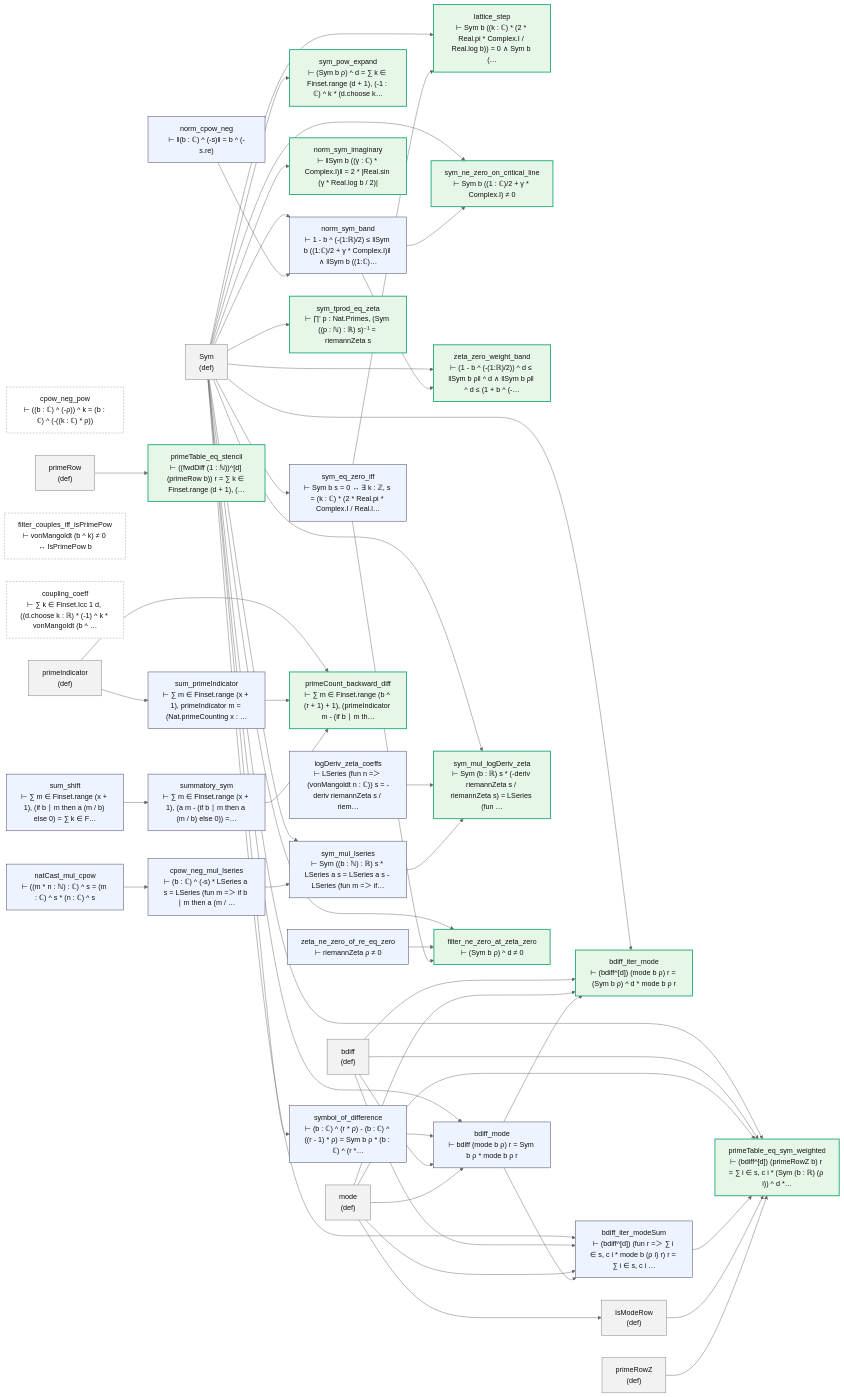
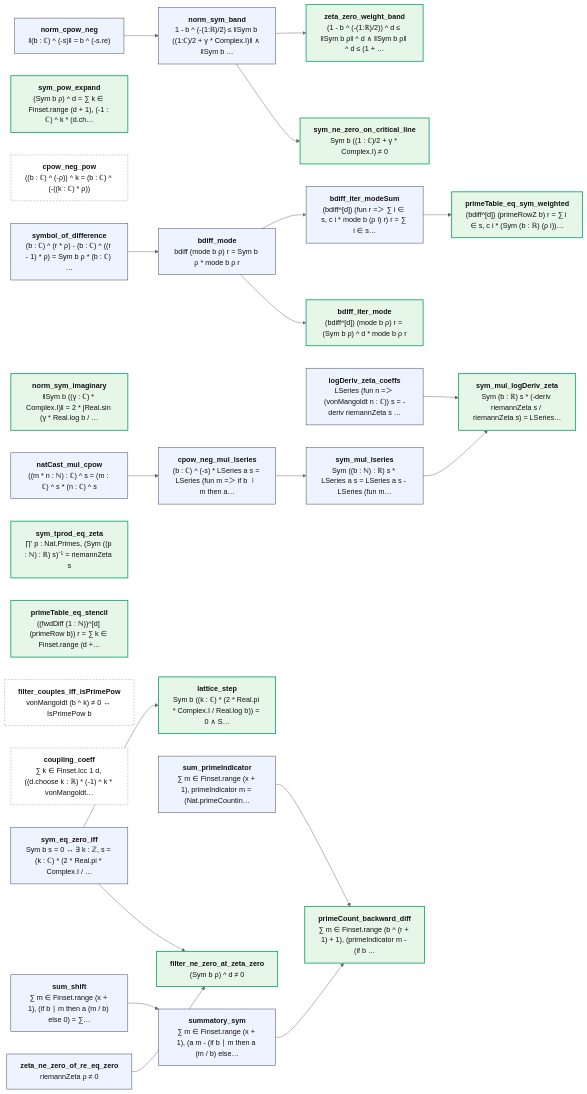
Before and after one commit to juliansambranojr/Primebeat_081426: the diagram in map/lean/Elephant.md, drawn with Mermaid (neutral theme). The commit also changed other lines of this file and 387 other files, not shown here.

````diff
--- a/map/lean/Elephant.md
+++ b/map/lean/Elephant.md
@@ -8,92 +12,54 @@
 ```mermaid
 flowchart LR
-  n0["Sym<br/>(def)"]:::dfn
-  n1["symbol_of_difference<br/>⊢ (b : ℂ) ^ (r * ρ) - (b : ℂ) ^ ((r - 1) * ρ) = Sym b ρ * (b : ℂ) ^ (r *…"]:::thm
-  n2["sym_pow_expand<br/>⊢ (Sym b ρ) ^ d = ∑ k ∈ Finset.range (d + 1), (-1 : ℂ) ^ k * (d.choose k…"]:::end_
-  n3["cpow_neg_pow<br/>⊢ ((b : ℂ) ^ (-ρ)) ^ k = (b : ℂ) ^ (-((k : ℂ) * ρ))"]:::lone
-  n4["norm_cpow_neg<br/>⊢ ‖(b : ℂ) ^ (-s)‖ = b ^ (-s.re)"]:::thm
-  n5["norm_sym_band<br/>⊢ 1 - b ^ (-(1:ℝ)/2) ≤ ‖Sym b ((1:ℂ)/2 + γ * Complex.I)‖ ∧ ‖Sym b ((1:ℂ)…"]:::thm
-  n6["norm_sym_imaginary<br/>⊢ ‖Sym b ((γ : ℂ) * Complex.I)‖ = 2 * |Real.sin (γ * Real.log b / 2)|"]:::end_
-  n7["sym_eq_zero_iff<br/>⊢ Sym b s = 0 ↔ ∃ k : ℤ, s = (k : ℂ) * (2 * Real.pi * Complex.I / Real.l…"]:::thm
-  n8["lattice_step<br/>⊢ Sym b ((k : ℂ) * (2 * Real.pi * Complex.I / Real.log b)) = 0 ∧ Sym b (…"]:::end_
-  n9["sym_tprod_eq_zeta<br/>⊢ ∏' p : Nat.Primes, (Sym ((p : ℕ) : ℝ) s)⁻¹ = riemannZeta s"]:::end_
-  n10["primeRow<br/>(def)"]:::dfn
-  n11["primeTable_eq_stencil<br/>⊢ ((fwdDiff (1 : ℕ))^[d] (primeRow b)) r = ∑ k ∈ Finset.range (d + 1), (…"]:::end_
-  n12["sym_ne_zero_on_critical_line<br/>⊢ Sym b ((1 : ℂ)/2 + γ * Complex.I) ≠ 0"]:::end_
-  n13["zeta_zero_weight_band<br/>⊢ (1 - b ^ (-(1:ℝ)/2)) ^ d ≤ ‖Sym b ρ‖ ^ d ∧ ‖Sym b ρ‖ ^ d ≤ (1 + b ^ (-…"]:::end_
-  n14["bdiff<br/>(def)"]:::dfn
-  n15["mode<br/>(def)"]:::dfn
-  n16["bdiff_mode<br/>⊢ bdiff (mode b ρ) r = Sym b ρ * mode b ρ r"]:::thm
-  n17["bdiff_iter_mode<br/>⊢ (bdiff^[d]) (mode b ρ) r = (Sym b ρ) ^ d * mode b ρ r"]:::end_
-  n18["bdiff_iter_modeSum<br/>⊢ (bdiff^[d]) (fun r =＞ ∑ i ∈ s, c i * mode b (ρ i) r) r = ∑ i ∈ s, c i …"]:::thm
-  n19["IsModeRow<br/>(def)"]:::dfn
-  n20["primeRowZ<br/>(def)"]:::dfn
-  n21["primeTable_eq_sym_weighted<br/>⊢ (bdiff^[d]) (primeRowZ b) r = ∑ i ∈ s, c i * (Sym (b : ℝ) (ρ i)) ^ d *…"]:::end_
-  n22["logDeriv_zeta_coeffs<br/>⊢ LSeries (fun n =＞ (vonMangoldt n : ℂ)) s = -deriv riemannZeta s / riem…"]:::thm
-  n23["filter_couples_iff_isPrimePow<br/>⊢ vonMangoldt (b ^ k) ≠ 0 ↔ IsPrimePow b"]:::lone
-  n24["coupling_coeff<br/>⊢ ∑ k ∈ Finset.Icc 1 d, ((d.choose k : ℝ) * (-1) ^ k * vonMangoldt (b ^ …"]:::lone
-  n25["natCast_mul_cpow<br/>⊢ ((m * n : ℕ) : ℂ) ^ s = (m : ℂ) ^ s * (n : ℂ) ^ s"]:::thm
-  n26["cpow_neg_mul_lseries<br/>⊢ (b : ℂ) ^ (-s) * LSeries a s = LSeries (fun m =＞ if b ∣ m then a (m / …"]:::thm
-  n27["sym_mul_lseries<br/>⊢ Sym ((b : ℕ) : ℝ) s * LSeries a s = LSeries a s - LSeries (fun m =＞ if…"]:::thm
-  n28["sym_mul_logDeriv_zeta<br/>⊢ Sym (b : ℝ) s * (-deriv riemannZeta s / riemannZeta s) = LSeries (fun …"]:::end_
-  n29["primeIndicator<br/>(def)"]:::dfn
-  n30["sum_primeIndicator<br/>⊢ ∑ m ∈ Finset.range (x + 1), primeIndicator m = (Nat.primeCounting x : …"]:::thm
-  n31["sum_shift<br/>⊢ ∑ m ∈ Finset.range (x + 1), (if b ∣ m then a (m / b) else 0) = ∑ k ∈ F…"]:::thm
-  n32["summatory_sym<br/>⊢ ∑ m ∈ Finset.range (x + 1), (a m - (if b ∣ m then a (m / b) else 0)) =…"]:::thm
-  n33["primeCount_backward_diff<br/>⊢ ∑ m ∈ Finset.range (b ^ (r + 1) + 1), (primeIndicator m - (if b ∣ m th…"]:::end_
-  n34["zeta_ne_zero_of_re_eq_zero<br/>⊢ riemannZeta ρ ≠ 0"]:::thm
-  n35["filter_ne_zero_at_zeta_zero<br/>⊢ (Sym b ρ) ^ d ≠ 0"]:::end_
-  n0 --> n1
+  n0["<b>symbol_of_difference</b><br/>(b : ℂ) ^ (r * ρ) - (b : ℂ) ^ ((r - 1) * ρ) = Sym b ρ * (b : ℂ) …"]:::thm
+  n1["<b>sym_pow_expand</b><br/>(Sym b ρ) ^ d = ∑ k ∈ Finset.range (d + 1), (-1 : ℂ) ^ k * (d.ch…"]:::end_
+  n2["<b>cpow_neg_pow</b><br/>((b : ℂ) ^ (-ρ)) ^ k = (b : ℂ) ^ (-((k : ℂ) * ρ))"]:::lone
+  n3["<b>norm_cpow_neg</b><br/>‖(b : ℂ) ^ (-s)‖ = b ^ (-s.re)"]:::thm
+  n4["<b>norm_sym_band</b><br/>1 - b ^ (-(1:ℝ)/2) ≤ ‖Sym b ((1:ℂ)/2 + γ * Complex.I)‖ ∧ ‖Sym b …"]:::thm
+  n5["<b>norm_sym_imaginary</b><br/>‖Sym b ((γ : ℂ) * Complex.I)‖ = 2 * |Real.sin (γ * Real.log b / …"]:::end_
+  n6["<b>sym_eq_zero_iff</b><br/>Sym b s = 0 ↔ ∃ k : ℤ, s = (k : ℂ) * (2 * Real.pi * Complex.I / …"]:::thm
+  n7["<b>lattice_step</b><br/>Sym b ((k : ℂ) * (2 * Real.pi * Complex.I / Real.log b)) = 0 ∧ S…"]:::end_
+  n8["<b>sym_tprod_eq_zeta</b><br/>∏' p : Nat.Primes, (Sym ((p : ℕ) : ℝ) s)⁻¹ = riemannZeta s"]:::end_
+  n9["<b>primeTable_eq_stencil</b><br/>((fwdDiff (1 : ℕ))^[d] (primeRow b)) r = ∑ k ∈ Finset.range (d +…"]:::end_
+  n10["<b>sym_ne_zero_on_critical_line</b><br/>Sym b ((1 : ℂ)/2 + γ * Complex.I) ≠ 0"]:::end_
+  n11["<b>zeta_zero_weight_band</b><br/>(1 - b ^ (-(1:ℝ)/2)) ^ d ≤ ‖Sym b ρ‖ ^ d ∧ ‖Sym b ρ‖ ^ d ≤ (1 + …"]:::end_
+  n12["<b>bdiff_mode</b><br/>bdiff (mode b ρ) r = Sym b ρ * mode b ρ r"]:::thm
+  n13["<b>bdiff_iter_mode</b><br/>(bdiff^[d]) (mode b ρ) r = (Sym b ρ) ^ d * mode b ρ r"]:::end_
+  n14["<b>bdiff_iter_modeSum</b><br/>(bdiff^[d]) (fun r =＞ ∑ i ∈ s, c i * mode b (ρ i) r) r = ∑ i ∈ s…"]:::thm
+  n15["<b>primeTable_eq_sym_weighted</b><br/>(bdiff^[d]) (primeRowZ b) r = ∑ i ∈ s, c i * (Sym (b : ℝ) (ρ i))…"]:::end_
+  n16["<b>logDeriv_zeta_coeffs</b><br/>LSeries (fun n =＞ (vonMangoldt n : ℂ)) s = -deriv riemannZeta s …"]:::thm
+  n17["<b>filter_couples_iff_isPrimePow</b><br/>vonMangoldt (b ^ k) ≠ 0 ↔ IsPrimePow b"]:::lone
+  n18["<b>coupling_coeff</b><br/>∑ k ∈ Finset.Icc 1 d, ((d.choose k : ℝ) * (-1) ^ k * vonMangoldt…"]:::lone
+  n19["<b>natCast_mul_cpow</b><br/>((m * n : ℕ) : ℂ) ^ s = (m : ℂ) ^ s * (n : ℂ) ^ s"]:::thm
+  n20["<b>cpow_neg_mul_lseries</b><br/>(b : ℂ) ^ (-s) * LSeries a s = LSeries (fun m =＞ if b ∣ m then a…"]:::thm
+  n21["<b>sym_mul_lseries</b><br/>Sym ((b : ℕ) : ℝ) s * LSeries a s = LSeries a s - LSeries (fun m…"]:::thm
+  n22["<b>sym_mul_logDeriv_zeta</b><br/>Sym (b : ℝ) s * (-deriv riemannZeta s / riemannZeta s) = LSeries…"]:::end_
+  n23["<b>sum_primeIndicator</b><br/>∑ m ∈ Finset.range (x + 1), primeIndicator m = (Nat.primeCountin…"]:::thm
+  n24["<b>sum_shift</b><br/>∑ m ∈ Finset.range (x + 1), (if b ∣ m then a (m / b) else 0) = ∑…"]:::thm
+  n25["<b>summatory_sym</b><br/>∑ m ∈ Finset.range (x + 1), (a m - (if b ∣ m then a (m / b) else…"]:::thm
+  n26["<b>primeCount_backward_diff</b><br/>∑ m ∈ Finset.range (b ^ (r + 1) + 1), (primeIndicator m - (if b …"]:::end_
+  n27["<b>zeta_ne_zero_of_re_eq_zero</b><br/>riemannZeta ρ ≠ 0"]:::thm
+  n28["<b>filter_ne_zero_at_zeta_zero</b><br/>(Sym b ρ) ^ d ≠ 0"]:::end_
   n0 --> n12
-  n0 --> n13
-  n0 --> n16
-  n0 --> n17
-  n0 --> n18
-  n0 --> n2
-  n0 --> n21
-  n0 --> n27
-  n0 --> n28
-  n0 --> n35
-  n0 --> n5
-  n0 --> n6
-  n0 --> n7
-  n0 --> n8
-  n0 --> n9
-  n1 --> n16
-  n10 --> n11
-  n14 --> n16
-  n14 --> n17
-  n14 --> n18
-  n14 --> n21
-  n15 --> n16
-  n15 --> n17
-  n15 --> n18
-  n15 --> n19
-  n15 --> n21
-  n16 --> n17
-  n16 --> n18
-  n18 --> n21
-  n19 --> n21
+  n12 --> n13
+  n12 --> n14
+  n14 --> n15
+  n16 --> n22
+  n19 --> n20
   n20 --> n21
-  n22 --> n28
+  n21 --> n22
+  n23 --> n26
+  n24 --> n25
   n25 --> n26
-  n26 --> n27
   n27 --> n28
-  n29 --> n30
-  n29 --> n33
-  n30 --> n33
-  n31 --> n32
-  n32 --> n33
-  n34 --> n35
-  n4 --> n5
-  n5 --> n12
-  n5 --> n13
-  n7 --> n35
-  n7 --> n8
+  n3 --> n4
+  n4 --> n10
+  n4 --> n11
+  n6 --> n28
+  n6 --> n7
   classDef thm fill:#eef4ff,stroke:#335,color:#111
-  classDef dfn fill:#f2f2f2,stroke:#777,color:#111
   classDef end_ fill:#e7f7e7,stroke:#2a7,color:#111,stroke-width:2px
   classDef lone fill:#fff,stroke:#999,color:#111,stroke-dasharray:4 3
   classDef bad fill:#ffe5e5,stroke:#c22,color:#111,stroke-width:2px
-  classDef ext fill:#fff8e1,stroke:#b80,color:#111,stroke-dasharray:2 2
+  classDef ext fill:#fff8e1,stroke:#b80,color:#111
 ```
````
